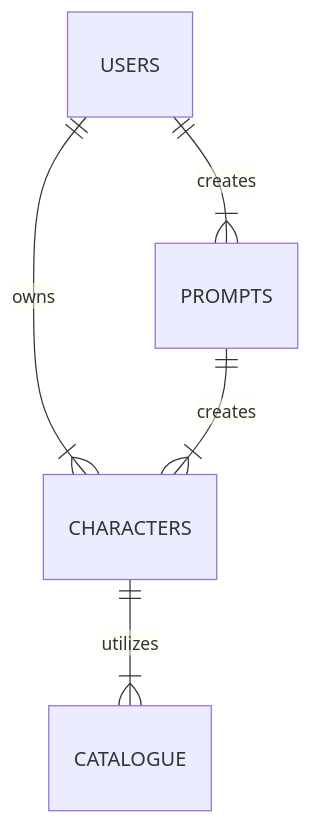
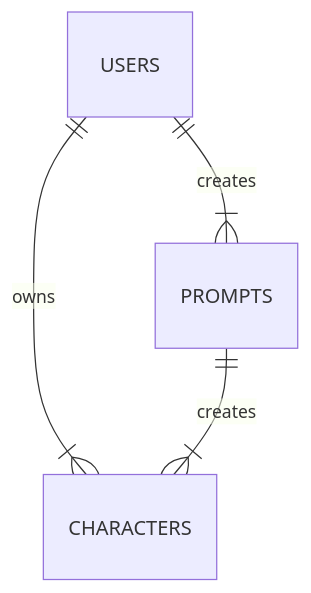
One commit to Wren00/create-an-orc changed the first of 2 diagrams in README.md. Above: the diagram before and after it, drawn with Mermaid. The commit also changed other lines of this file, not shown here.

````diff
--- a/README.md
+++ b/README.md
@@ -49,7 +49,6 @@
 ```mermaid
 erDiagram
 USERS ||--|{ CHARACTERS : owns
 USERS ||--|{ PROMPTS : creates
-CHARACTERS ||--|{ CATALOGUE : utilizes
 PROMPTS ||--|{ CHARACTERS : creates
 ```
````
